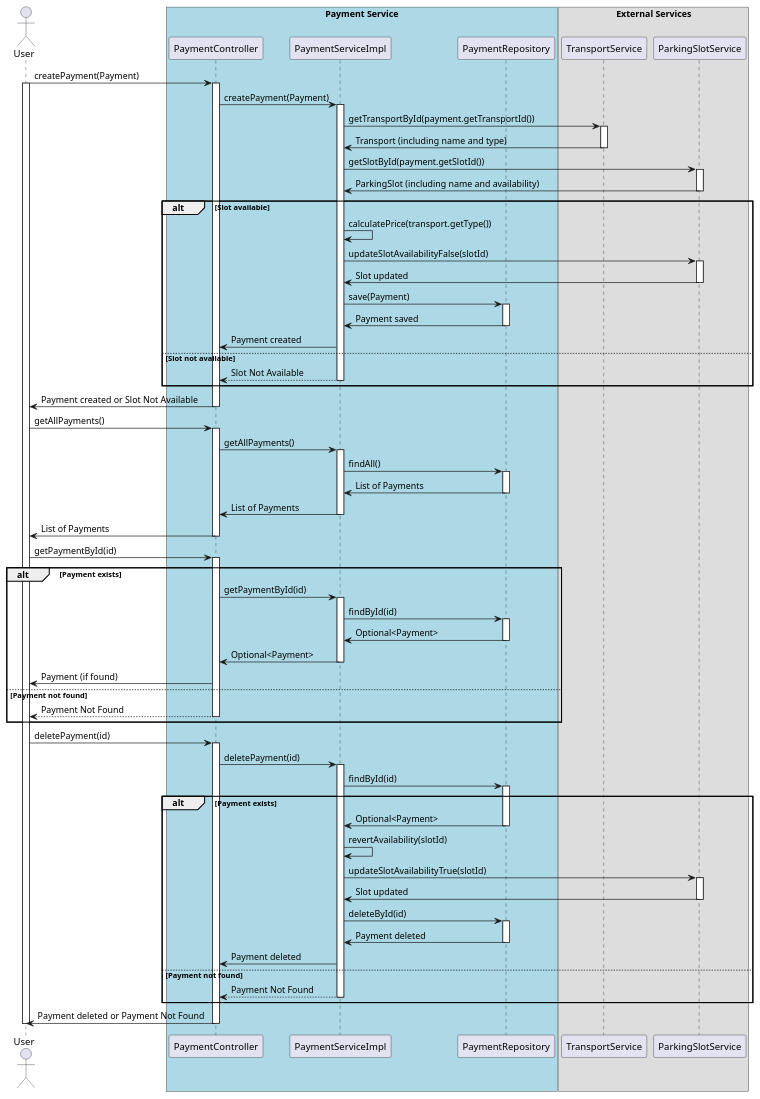
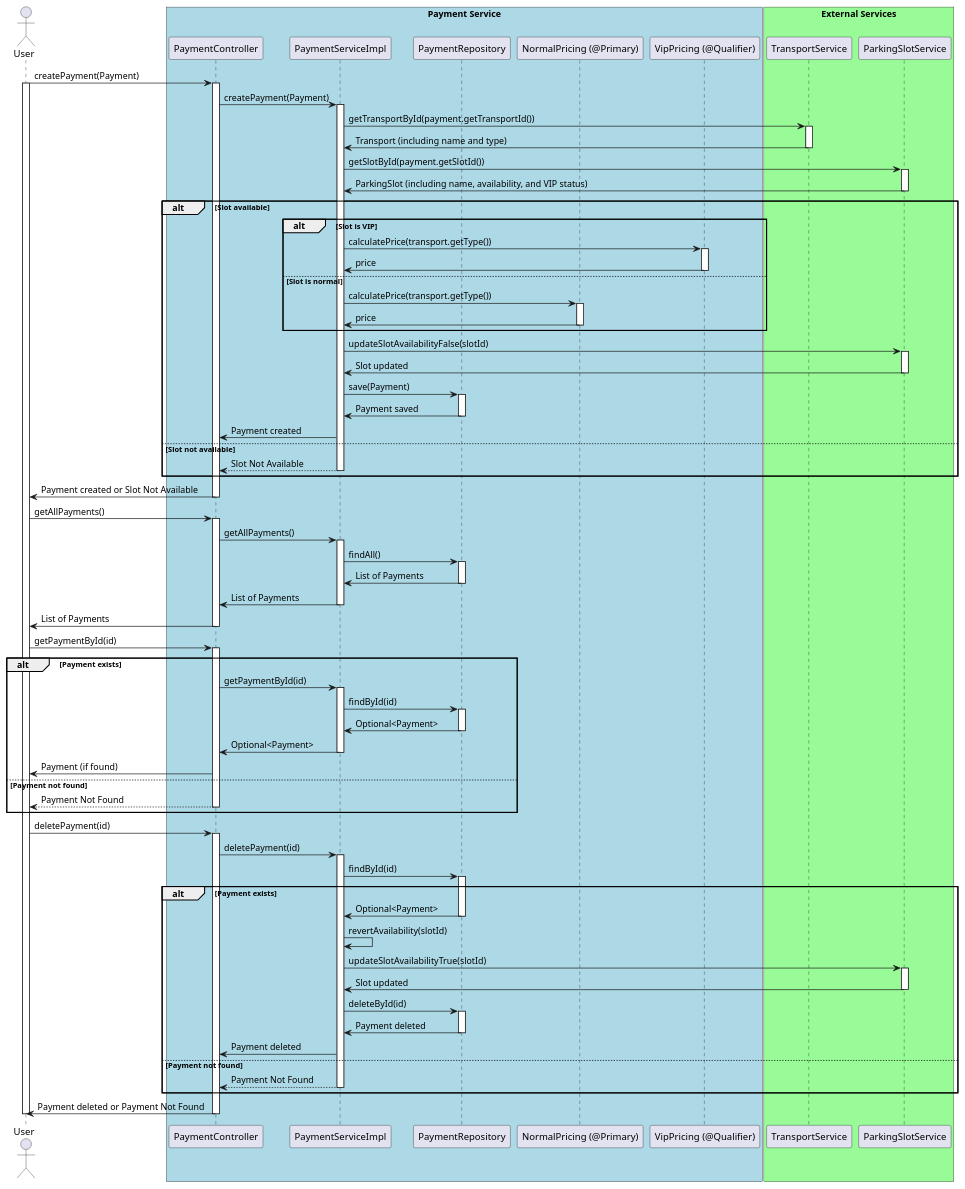
One commit to RakusasuDorea/MicroserviceDemo changed the diagram in payment-service/src/uml/Payment.puml. Above: the diagram before and after it, drawn with PlantUML. The commit also changed 1 other file, not shown here.

Commit message:
Payment.puml

```diff
--- a/payment-service/src/uml/Payment.puml
+++ b/payment-service/src/uml/Payment.puml
@@ -1,109 +1,122 @@
 @startuml
 actor User
 box "Payment Service" #LightBlue
     participant PaymentController
     participant PaymentServiceImpl
     participant PaymentRepository
+    participant DefaultCalculatePrice as "NormalPricing (@Primary)"
+    participant VipCalculatePrice as "VipPricing (@Qualifier)"
 end box
 
-box "External Services"
+box "External Services" #PaleGreen
     participant TransportService
     participant ParkingSlotService
 end box
 
 User -> PaymentController: createPayment(Payment)
 activate User
 activate PaymentController
 PaymentController -> PaymentServiceImpl: createPayment(Payment)
 activate PaymentServiceImpl
 
 PaymentServiceImpl -> TransportService: getTransportById(payment.getTransportId())
 activate TransportService
 TransportService -> PaymentServiceImpl: Transport (including name and type)
 deactivate TransportService
 
 PaymentServiceImpl -> ParkingSlotService: getSlotById(payment.getSlotId())
 activate ParkingSlotService
-ParkingSlotService -> PaymentServiceImpl: ParkingSlot (including name and availability)
+ParkingSlotService -> PaymentServiceImpl: ParkingSlot (including name, availability, and VIP status)
 deactivate ParkingSlotService
 
 alt Slot available
-    PaymentServiceImpl -> PaymentServiceImpl: calculatePrice(transport.getType())
+    alt Slot is VIP
+        PaymentServiceImpl -> VipCalculatePrice: calculatePrice(transport.getType())
+        activate VipCalculatePrice
+        VipCalculatePrice -> PaymentServiceImpl: price
+        deactivate VipCalculatePrice
+    else Slot is normal
+        PaymentServiceImpl -> DefaultCalculatePrice: calculatePrice(transport.getType())
+        activate DefaultCalculatePrice
+        DefaultCalculatePrice -> PaymentServiceImpl: price
+        deactivate DefaultCalculatePrice
+    end
+
     PaymentServiceImpl -> ParkingSlotService: updateSlotAvailabilityFalse(slotId)
     activate ParkingSlotService
     ParkingSlotService -> PaymentServiceImpl: Slot updated
     deactivate ParkingSlotService
 
     PaymentServiceImpl -> PaymentRepository: save(Payment)
     activate PaymentRepository
     PaymentRepository -> PaymentServiceImpl: Payment saved
     deactivate PaymentRepository
 
     PaymentServiceImpl -> PaymentController: Payment created
 else Slot not available
     PaymentServiceImpl --> PaymentController: Slot Not Available
-    deactivate PaymentServiceImpl
+deactivate PaymentServiceImpl
 end
 
 PaymentController -> User: Payment created or Slot Not Available
 deactivate PaymentController
 
 User -> PaymentController: getAllPayments()
 activate PaymentController
 PaymentController -> PaymentServiceImpl: getAllPayments()
 activate PaymentServiceImpl
 PaymentServiceImpl -> PaymentRepository: findAll()
 activate PaymentRepository
 PaymentRepository -> PaymentServiceImpl: List of Payments
 deactivate PaymentRepository
 PaymentServiceImpl -> PaymentController: List of Payments
 deactivate PaymentServiceImpl
 PaymentController -> User: List of Payments
 deactivate PaymentController
 
 User -> PaymentController: getPaymentById(id)
 activate PaymentController
 alt Payment exists
     PaymentController -> PaymentServiceImpl: getPaymentById(id)
     activate PaymentServiceImpl
     PaymentServiceImpl -> PaymentRepository: findById(id)
     activate PaymentRepository
     PaymentRepository -> PaymentServiceImpl: Optional<Payment>
     deactivate PaymentRepository
     PaymentServiceImpl -> PaymentController: Optional<Payment>
     deactivate PaymentServiceImpl
     PaymentController -> User: Payment (if found)
 else Payment not found
     PaymentController --> User: Payment Not Found
-    deactivate PaymentController
+deactivate PaymentController
 end
 
 User -> PaymentController: deletePayment(id)
 activate PaymentController
 PaymentController -> PaymentServiceImpl: deletePayment(id)
 activate PaymentServiceImpl
 PaymentServiceImpl -> PaymentRepository: findById(id)
 activate PaymentRepository
 alt Payment exists
     PaymentRepository -> PaymentServiceImpl: Optional<Payment>
     deactivate PaymentRepository
     PaymentServiceImpl -> PaymentServiceImpl: revertAvailability(slotId)
     PaymentServiceImpl -> ParkingSlotService: updateSlotAvailabilityTrue(slotId)
     activate ParkingSlotService
     ParkingSlotService -> PaymentServiceImpl: Slot updated
     deactivate ParkingSlotService
 
     PaymentServiceImpl -> PaymentRepository: deleteById(id)
     activate PaymentRepository
     PaymentRepository -> PaymentServiceImpl: Payment deleted
     deactivate PaymentRepository
 
     PaymentServiceImpl -> PaymentController: Payment deleted
 else Payment not found
     PaymentServiceImpl --> PaymentController: Payment Not Found
-    deactivate PaymentServiceImpl
+deactivate PaymentServiceImpl
 end
 PaymentController -> User: Payment deleted or Payment Not Found
 deactivate User
 deactivate PaymentController
 @enduml
```
